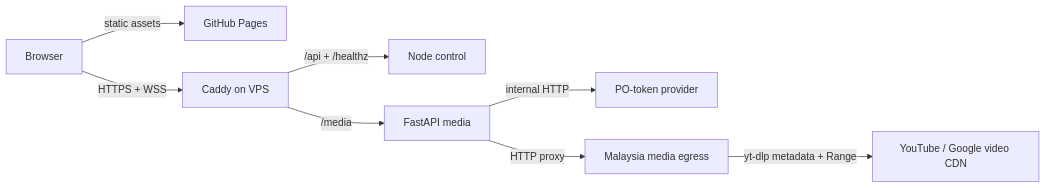
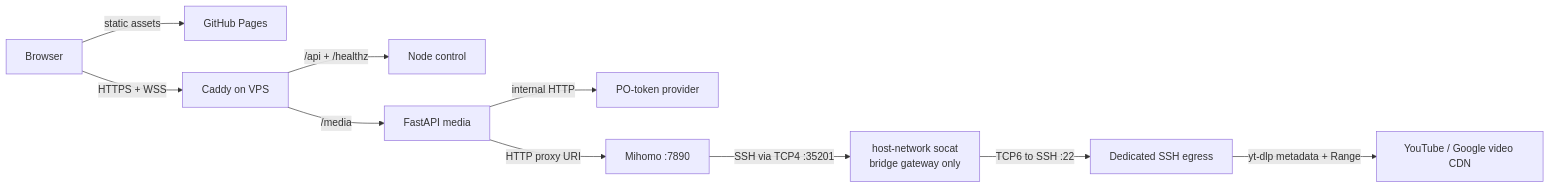
Before and after one commit to ypnomania/DreamStream99: the diagram in README.md, drawn with Mermaid. The commit also changed other lines of this file and 11 other files, not shown here.

Commit message:
Add SSH-backed media egress

````diff
--- a/README.md
+++ b/README.md
@@ -35,10 +35,12 @@
 ```mermaid
 flowchart LR
     B[Browser] -->|static assets| P[GitHub Pages]
     B -->|HTTPS + WSS| G[Caddy on VPS]
     G -->|/api + /healthz| C[Node control]
     G -->|/media| M[FastAPI media]
     M -->|internal HTTP| T[PO-token provider]
-    M -->|HTTP proxy| E[Malaysia media egress]
-    E -->|yt-dlp metadata + Range| Y[YouTube / Google video CDN]
+    M -->|HTTP proxy URI| E[Mihomo :7890]
+    E -->|SSH via TCP4 :35201| R[host-network socat<br/>bridge gateway only]
+    R -->|TCP6 to SSH :22| S[Dedicated SSH egress]
+    S -->|yt-dlp metadata + Range| Y[YouTube / Google video CDN]
 ```
````
